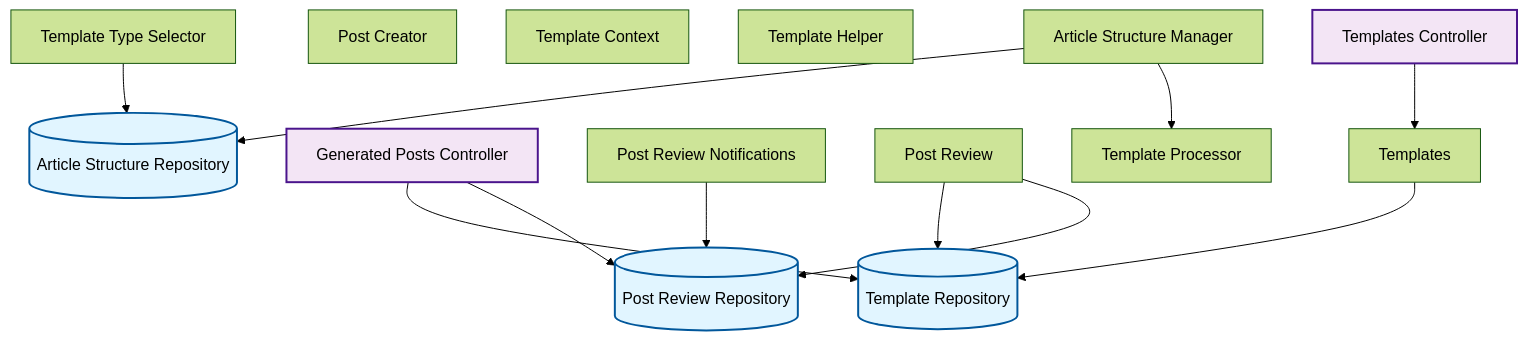
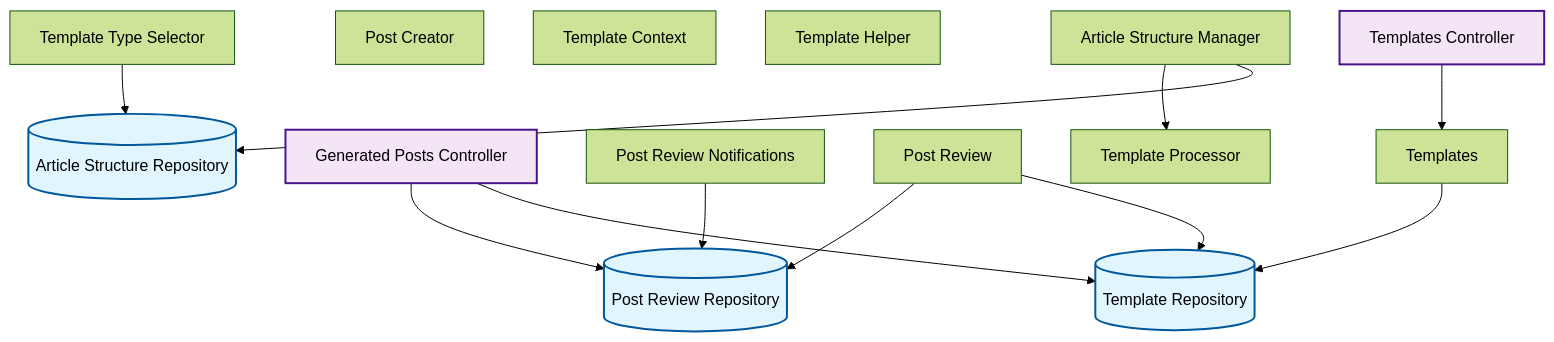
One commit to rpnunez/wp-ai-scheduler changed the fourth of 10 diagrams in docs/feature-report.md. Above: the diagram before and after it, drawn with Mermaid (forest theme). The commit also changed other lines of this file and 3 other files, not shown here.

````diff
--- a/docs/feature-report.md
+++ b/docs/feature-report.md
@@ -178,36 +178,36 @@
 ```mermaid
 flowchart TD
     %% Content Management Architecture
 
     Article_Structure_Manager["Article Structure Manager"]
     Article_Structure_Repository[("Article Structure Repository")]
     Generated_Posts_Controller["Generated Posts Controller"]
     Post_Creator["Post Creator"]
     Post_Review_Notifications["Post Review Notifications"]
     Post_Review_Repository[("Post Review Repository")]
     Post_Review["Post Review"]
     Template_Context["Template Context"]
     Template_Helper["Template Helper"]
     Template_Processor["Template Processor"]
     Template_Repository[("Template Repository")]
     Template_Type_Selector["Template Type Selector"]
     Templates_Controller["Templates Controller"]
     Templates["Templates"]
 
+    Article_Structure_Manager --> Template_Processor
     Article_Structure_Manager --> Article_Structure_Repository
-    Article_Structure_Manager --> Template_Processor
+    Generated_Posts_Controller --> Post_Review_Repository
     Generated_Posts_Controller --> Template_Repository
-    Generated_Posts_Controller --> Post_Review_Repository
     Post_Review_Notifications --> Post_Review_Repository
+    Post_Review --> Post_Review_Repository
     Post_Review --> Template_Repository
-    Post_Review --> Post_Review_Repository
     Template_Type_Selector --> Article_Structure_Repository
     Templates_Controller --> Templates
     Templates --> Template_Repository
 
     classDef repository fill:#e1f5ff,stroke:#01579b,stroke-width:2px
     classDef service fill:#fff3e0,stroke:#e65100,stroke-width:2px
     classDef controller fill:#f3e5f5,stroke:#4a148c,stroke-width:2px
     class Article_Structure_Repository,Post_Review_Repository,Template_Repository repository
     class Generated_Posts_Controller,Templates_Controller controller
 ```
````
